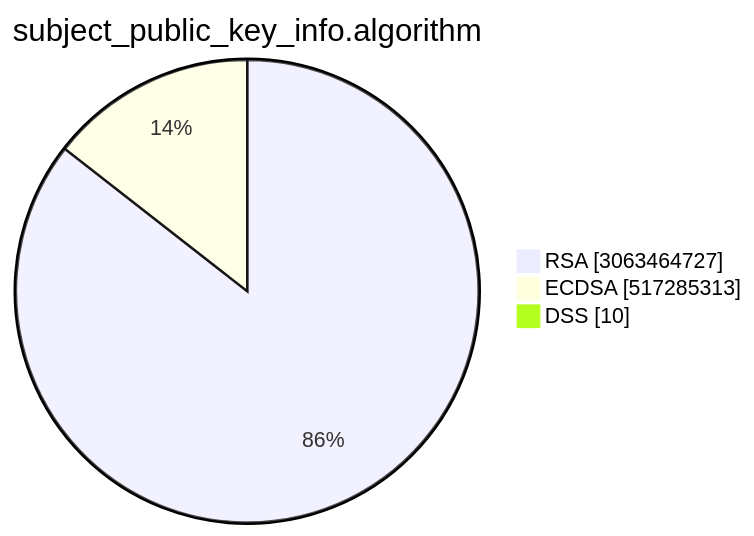
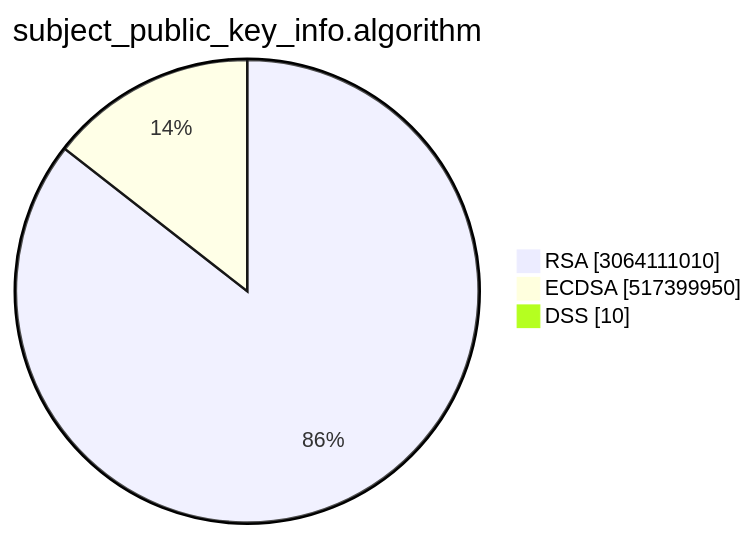
Before and after one commit to christiankrug/ctmonitor_visualization: the second of 15 diagrams in TOTAL/README.md, drawn with Mermaid. The commit also changed other lines of this file, not shown here.

````diff
--- a/TOTAL/README.md
+++ b/TOTAL/README.md
@@ -6,7 +6,7 @@
 ```mermaid
 pie showData
 title subject_public_key_info.algorithm
-"RSA" :3063464727
-"ECDSA" :517285313
+"RSA" :3064111010
+"ECDSA" :517399950
 "DSS" :10
 ```
````
